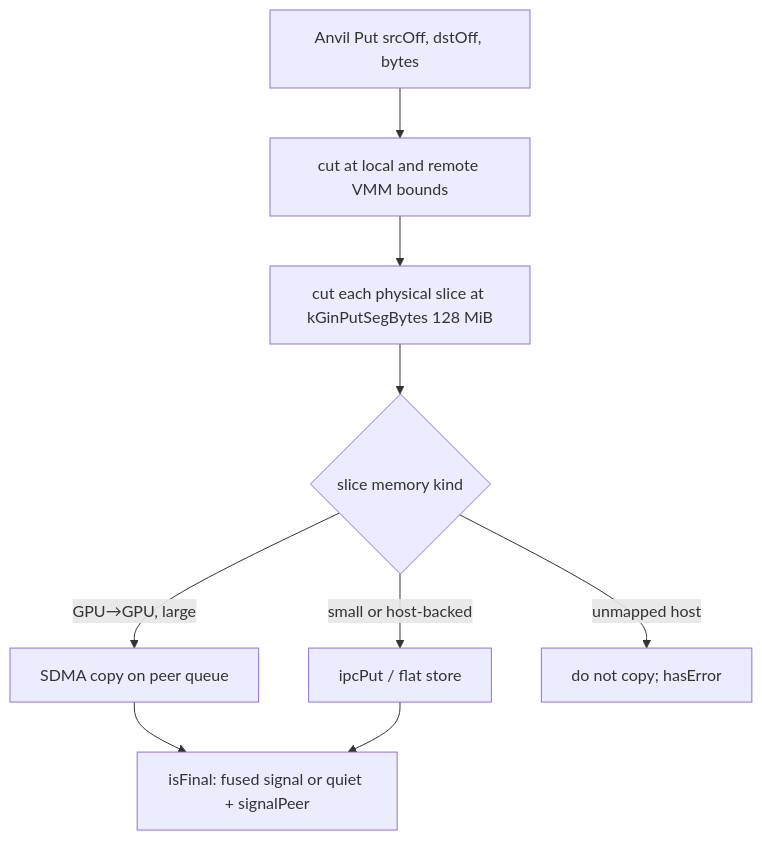
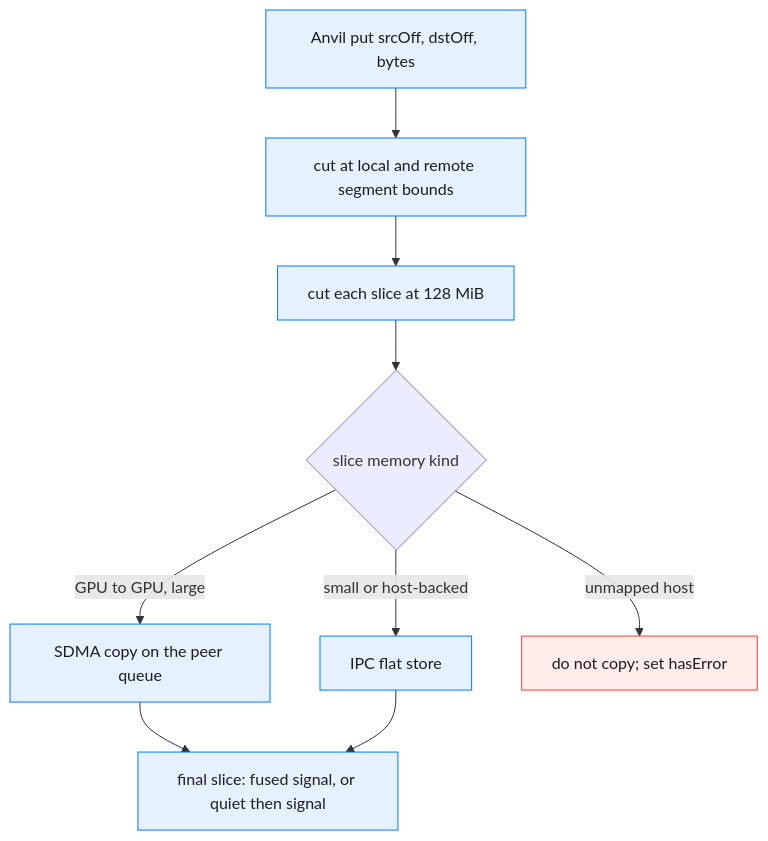
The third of 3 diagrams in projects/rccl/docs/design/multi_segment_gin_rocshmem_gda_and_anvil_sdma.md (ROCm/rocm-systems), drawn with Mermaid before and after one commit. The commit also changed other lines of this file and 18 other files, not shown here.

````diff
--- a/projects/rccl/docs/design/multi_segment_gin_rocshmem_gda_and_anvil_sdma.md
+++ b/projects/rccl/docs/design/multi_segment_gin_rocshmem_gda_and_anvil_sdma.md
@@ -337,11 +156,15 @@
 ```mermaid
 flowchart TD
-  PUT["Anvil Put srcOff, dstOff, bytes"] --> PHYS["cut at local and remote VMM bounds"]
-  PHYS --> SIZE["cut each physical slice at kGinPutSegBytes 128 MiB"]
-  SIZE --> KIND{"slice memory kind"}
-  KIND -->|GPU→GPU, large| SD["SDMA copy on peer queue"]
-  KIND -->|small or host-backed| IPC["ipcPut / flat store"]
-  KIND -->|unmapped host| FAIL["do not copy; hasError"]
-  SD --> FIN["isFinal: fused signal or quiet + signalPeer"]
-  IPC --> FIN
+ p["Anvil put srcOff, dstOff, bytes"] --> phys["cut at local and remote segment bounds"]
+ phys --> size["cut each slice at 128 MiB"]
+ size --> kind{"slice memory kind"}
+ kind -->|"GPU to GPU, large"| sd["SDMA copy on the peer queue"]
+ kind -->|"small or host-backed"| ipc["IPC flat store"]
+ kind -->|"unmapped host"| fail["do not copy; set hasError"]
+ sd --> fin["final slice: fused signal, or quiet then signal"]
+ ipc --> fin
+ classDef gin fill:#e5f1ff,stroke:#007aff,color:#1d1d1f
+ classDef failpath fill:#ffeceb,stroke:#ff3b30,color:#1d1d1f
+ class p,phys,size,sd,ipc,fin gin
+ class fail failpath
 ```
````
